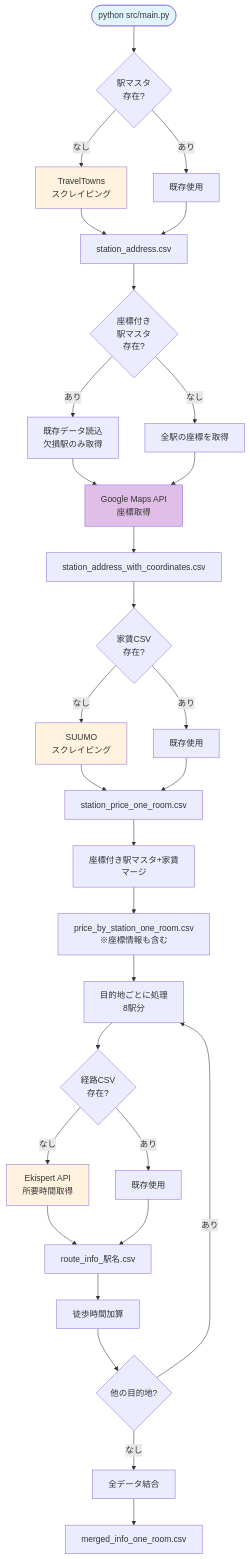
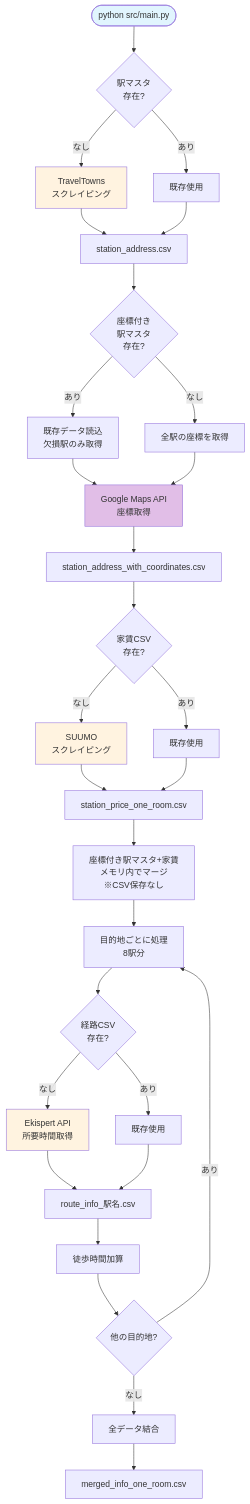
The second of 5 diagrams in PROJECT_OVERVIEW.md (masa350z/stationscraper), drawn with Mermaid before and after one commit. The commit also changed other lines of this file and 23 other files, not shown here.

````diff
--- a/PROJECT_OVERVIEW.md
+++ b/PROJECT_OVERVIEW.md
@@ -104,45 +90,44 @@
 ```mermaid
 flowchart TD
     START([python src/main.py]) --> CHECK1{駅マスタ<br/>存在?}
 
     CHECK1 -->|なし| SCRAPE1[TravelTowns<br/>スクレイピング]
     CHECK1 -->|あり| SKIP1[既存使用]
     SCRAPE1 --> SAVE1[station_address.csv]
     SKIP1 --> SAVE1
 
     SAVE1 --> CHECK_COORDS{座標付き<br/>駅マスタ<br/>存在?}
     CHECK_COORDS -->|あり| LOAD_COORDS[既存データ読込<br/>欠損駅のみ取得]
     CHECK_COORDS -->|なし| NEW_COORDS[全駅の座標を取得]
     LOAD_COORDS --> GEOCODE[Google Maps API<br/>座標取得]
     NEW_COORDS --> GEOCODE
     GEOCODE --> SAVE1B[station_address_with_coordinates.csv]
 
     SAVE1B --> CHECK2{家賃CSV<br/>存在?}
     CHECK2 -->|なし| SCRAPE2[SUUMO<br/>スクレイピング]
     CHECK2 -->|あり| SKIP2[既存使用]
     SCRAPE2 --> SAVE2[station_price_one_room.csv]
     SKIP2 --> SAVE2
 
-    SAVE2 --> MERGE1[座標付き駅マスタ+家賃<br/>マージ]
-    MERGE1 --> SAVE3[price_by_station_one_room.csv<br/>※座標情報も含む]
+    SAVE2 --> MERGE1[座標付き駅マスタ+家賃<br/>メモリ内でマージ<br/>※CSV保存なし]
 
-    SAVE3 --> LOOP[目的地ごとに処理<br/>8駅分]
+    MERGE1 --> LOOP[目的地ごとに処理<br/>8駅分]
     LOOP --> CHECK3{経路CSV<br/>存在?}
     CHECK3 -->|なし| API1[Ekispert API<br/>所要時間取得]
     CHECK3 -->|あり| SKIP3[既存使用]
     API1 --> SAVE4["route_info_駅名.csv"]
     SKIP3 --> SAVE4
 
     SAVE4 --> ADD_WALK[徒歩時間加算]
     ADD_WALK --> CHECK_MORE{他の目的地?}
     CHECK_MORE -->|あり| LOOP
     CHECK_MORE -->|なし| CONCAT[全データ結合]
 
     CONCAT --> SAVE5[merged_info_one_room.csv]
 
     style START fill:#e1f5fe
     style SCRAPE1 fill:#fff3e0
     style SCRAPE2 fill:#fff3e0
     style API1 fill:#fff3e0
     style GEOCODE fill:#e1bee7
 ```
````
